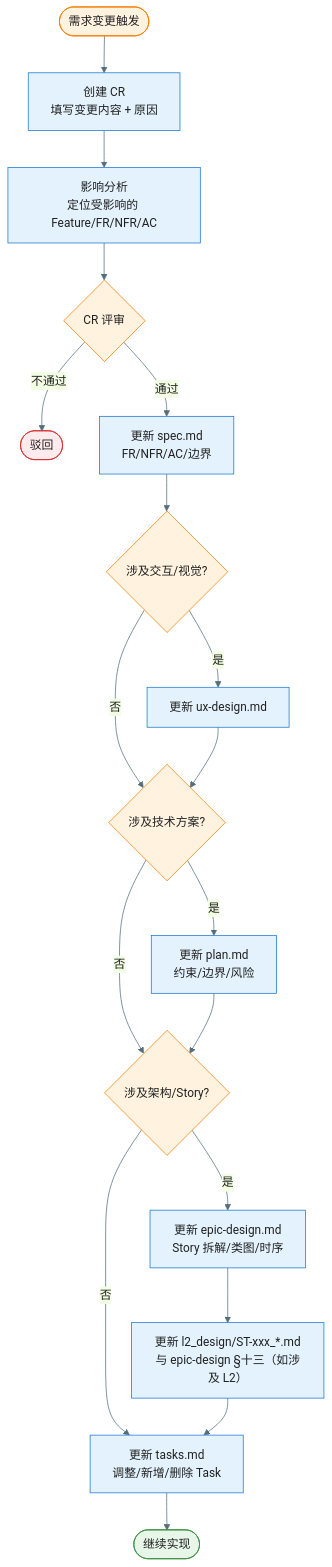
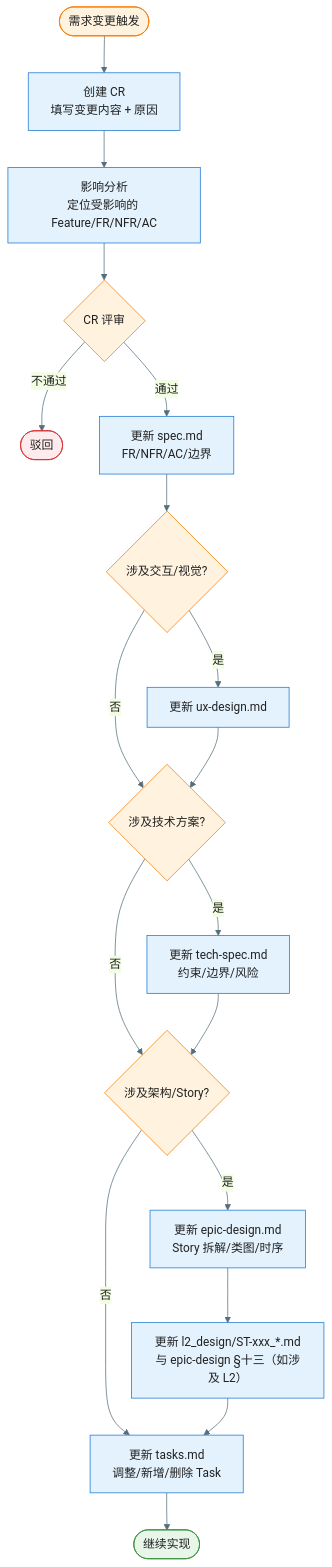
One commit to jackykarma/Verity changed the fourth of 8 diagrams in docs/aisdd/workflow-overview.md. Above: the diagram before and after it, drawn with Mermaid. The commit also changed other lines of this file and 64 other files, not shown here.

First line of the commit message:
refactor ♻️(AISDD): 合并 epic-plan 与 Feature plan 为 tech-spec.md

````diff
--- a/docs/aisdd/workflow-overview.md
+++ b/docs/aisdd/workflow-overview.md
@@ -231,29 +219,29 @@
 ```mermaid
 %%{init: {'theme': 'base', 'themeVariables': { 'primaryColor': '#E3F2FD', 'primaryTextColor': '#212121', 'primaryBorderColor': '#1976D2', 'lineColor': '#546E7A'}}}%%
 flowchart TD
     Trigger([需求变更触发]) --> CreateCR["创建 CR<br/>填写变更内容 + 原因"]
     CreateCR --> Impact["影响分析<br/>定位受影响的 Feature/FR/NFR/AC"]
     Impact --> Review{CR 评审}
     Review -->|不通过| Reject([驳回])
     Review -->|通过| UpdateSpec["更新 spec.md<br/>FR/NFR/AC/边界"]
     UpdateSpec --> CheckUX{涉及交互/视觉?}
     CheckUX -->|是| UpdateUX["更新 ux-design.md"]
     CheckUX -->|否| CheckPlan{涉及技术方案?}
     UpdateUX --> CheckPlan
-    CheckPlan -->|是| UpdatePlan["更新 plan.md<br/>约束/边界/风险"]
+    CheckPlan -->|是| UpdatePlan["更新 tech-spec.md<br/>约束/边界/风险"]
     CheckPlan -->|否| CheckDesign{涉及架构/Story?}
     UpdatePlan --> CheckDesign
     CheckDesign -->|是| UpdateDesign["更新 epic-design.md<br/>Story 拆解/类图/时序"]
     CheckDesign -->|否| UpdateTasks["更新 tasks.md<br/>调整/新增/删除 Task"]
     UpdateDesign --> UpdateL2["更新 l2_design/ST-xxx_*.md<br/>与 epic-design §十三（如涉及 L2）"]
     UpdateL2 --> UpdateTasks
     UpdateTasks --> Continue([继续实现])
 
     style Trigger fill:#FFF3E0,stroke:#F57C00
     style Reject fill:#FFEBEE,stroke:#D32F2F
     style Continue fill:#E8F5E9,stroke:#388E3C
     style Review fill:#FFF3E0,stroke:#F57C00
     style CheckUX fill:#FFF3E0,stroke:#F57C00
     style CheckPlan fill:#FFF3E0,stroke:#F57C00
     style CheckDesign fill:#FFF3E0,stroke:#F57C00
 ```
````
